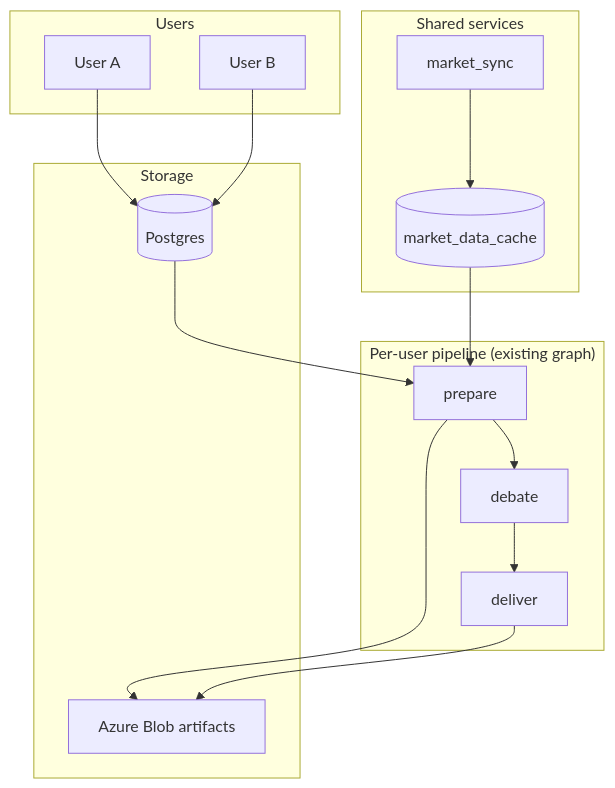
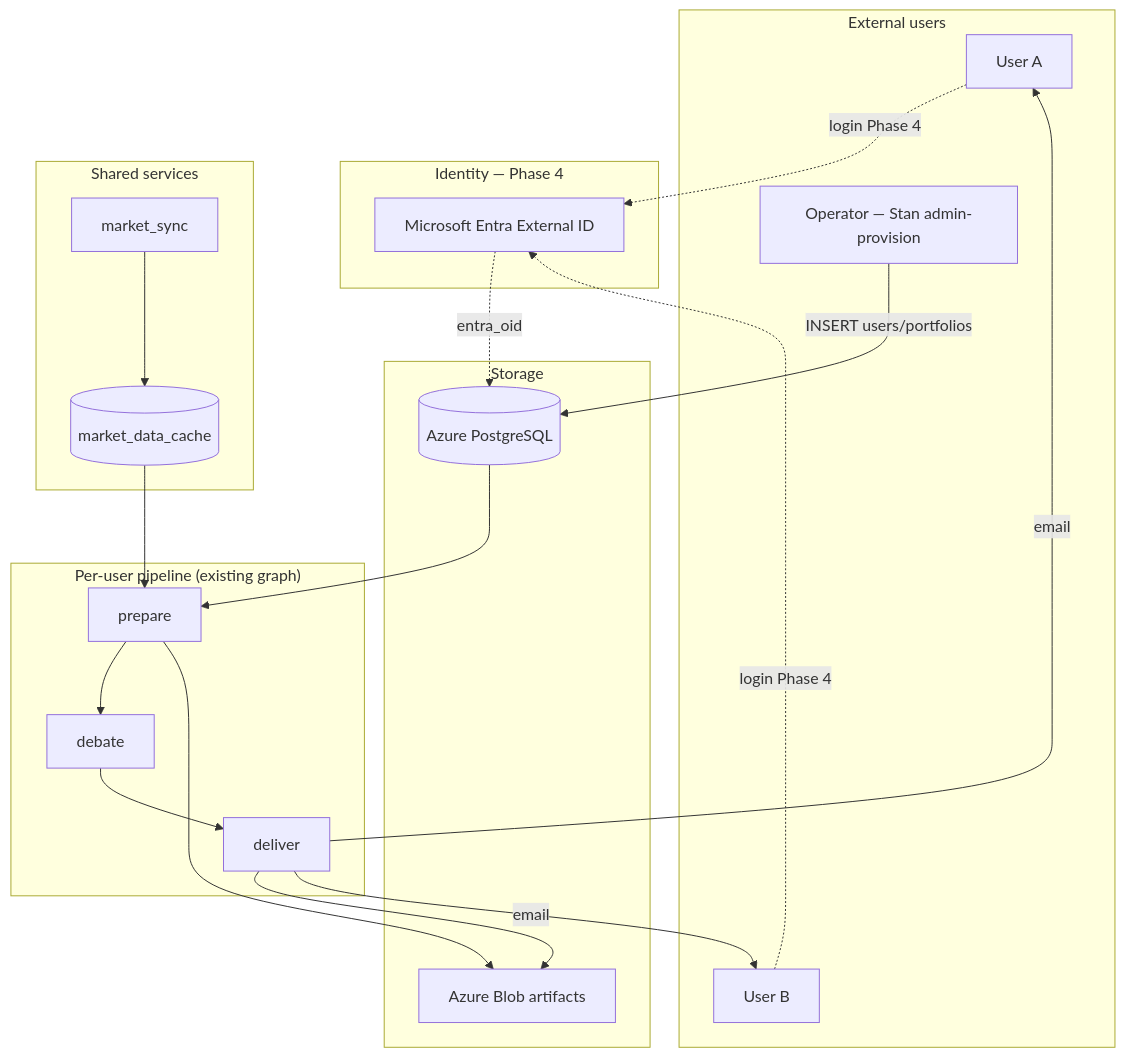
One commit to stanchernov-ai/invest changed the diagram in docs/saas_technical_solution.md. Above: the diagram before and after it, drawn with Mermaid. The commit also changed other lines of this file and 6 other files, not shown here.

````diff
--- a/docs/saas_technical_solution.md
+++ b/docs/saas_technical_solution.md
@@ -150,32 +157,41 @@
 ```mermaid
 flowchart TB
-    subgraph Users
+    subgraph ExternalUsers["External users"]
         U1[User A]
         U2[User B]
+        OP[Operator — Stan admin-provision]
+    end
+
+    subgraph Identity["Identity — Phase 4"]
+        ENTRA[Microsoft Entra External ID]
     end
 
     subgraph Shared["Shared services"]
         MS[market_sync]
         MDC[(market_data_cache)]
         MS --> MDC
     end
 
     subgraph PerUser["Per-user pipeline (existing graph)"]
         PREP[prepare]
         DEB[debate]
         DEL[deliver]
         PREP --> DEB --> DEL
     end
 
     subgraph Storage
-        PG[(Postgres)]
+        PG[(Azure PostgreSQL)]
         BLOB[Azure Blob artifacts]
     end
 
-    U1 --> PG
-    U2 --> PG
+    OP -->|INSERT users/portfolios| PG
+    U1 -.->|login Phase 4| ENTRA
+    U2 -.->|login Phase 4| ENTRA
+    ENTRA -.->|entra_oid| PG
+    PG --> PREP
     MDC --> PREP
-    PG --> PREP
     PREP --> BLOB
     DEL --> BLOB
+    DEL -->|email| U1
+    DEL -->|email| U2
 ```
````
